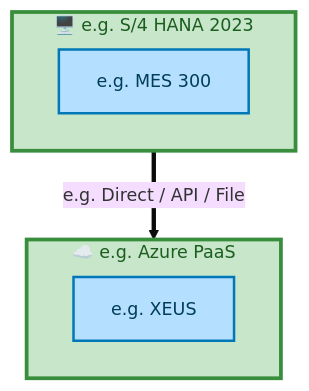
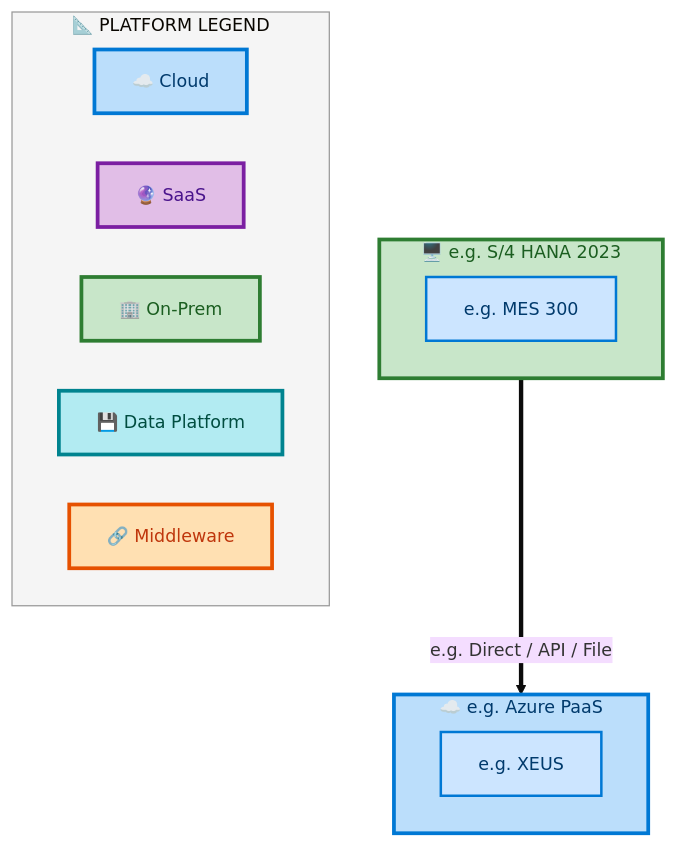
One commit to sajivfrancis777/IAO-Architecture changed the eighth of 8 diagrams in towers/E2E/Procure to Pay/E2E-115/output/docs/systems-architecture/E2E-115-Architecture.md. Above: the diagram before and after it, drawn with Mermaid. The commit also changed other lines of this file and 394 other files, not shown here.

First line of the commit message:
feat: structured layer ordering for Mermaid architecture diagrams

````diff
--- a/towers/E2E/Procure to Pay/E2E-115/output/docs/systems-architecture/E2E-115-Architecture.md
+++ b/towers/E2E/Procure to Pay/E2E-115/output/docs/systems-architecture/E2E-115-Architecture.md
@@ -834,22 +868,36 @@
 ```mermaid
 %%{init: {"theme": "base", "securityLevel": "loose", "themeVariables": {"fontSize": "14px", "fontFamily": "Segoe UI, Arial"}, "flowchart": {"useMaxWidth": false, "htmlLabels": true, "nodeSpacing": 40, "rankSpacing": 50}} }%%
 flowchart TB
-    classDef appBox fill:#B5DFFF,stroke:#0077B6,stroke-width:2px,color:#003D5B
-    classDef platBox fill:#C8E6C9,stroke:#388E3C,stroke-width:3px,color:#1B5E20
-    classDef eolBox fill:#FFB5B5,stroke:#CC0000,stroke-width:2px,color:#660000
+    classDef appBox fill:#CCE5FF,stroke:#0078D4,stroke-width:2px,color:#003A6C
+    classDef platBox fill:#C8E6C9,stroke:#2E7D32,stroke-width:3px,color:#1B5E20
+    classDef eolBox fill:#FFCDD2,stroke:#C62828,stroke-width:2px,color:#B71C1C
 
     subgraph E2E115FPLP_e_g_Azure_PaaS["☁️ e.g. Azure PaaS"]
         direction LR
         E2E115FPLA_e_g_XEUS["e.g. XEUS"]:::appBox
     end
-    style E2E115FPLP_e_g_Azure_PaaS fill:#C8E6C9,stroke:#388E3C,stroke-width:3px,color:#1B5E20
+    style E2E115FPLP_e_g_Azure_PaaS fill:#BBDEFB,stroke:#0078D4,stroke-width:3px,color:#003A6C
 
     subgraph E2E115FPLP_e_g_S_4_HANA_2023["🖥️ e.g. S/4 HANA 2023"]
         direction LR
         E2E115FPLA_e_g_MES_300["e.g. MES 300"]:::appBox
     end
-    style E2E115FPLP_e_g_S_4_HANA_2023 fill:#C8E6C9,stroke:#388E3C,stroke-width:3px,color:#1B5E20
+    style E2E115FPLP_e_g_S_4_HANA_2023 fill:#C8E6C9,stroke:#2E7D32,stroke-width:3px,color:#1B5E20
 
     E2E115FPLP_e_g_S_4_HANA_2023 ==>|"e.g. Direct / API / File"| E2E115FPLP_e_g_Azure_PaaS
 
+    subgraph E2E115FPLLegend["📐 PLATFORM LEGEND"]
+        direction LR
+        E2E115FPLLC["☁️ Cloud"]
+        E2E115FPLLS["🔮 SaaS"]
+        E2E115FPLLO["🏢 On-Prem"]
+        E2E115FPLLD["💾 Data Platform"]
+        E2E115FPLLM["🔗 Middleware"]
+    end
+    style E2E115FPLLegend fill:#F5F5F5,stroke:#999,stroke-width:1px
+    style E2E115FPLLC fill:#BBDEFB,stroke:#0078D4,stroke-width:3px,color:#003A6C
+    style E2E115FPLLS fill:#E1BEE7,stroke:#7B1FA2,stroke-width:3px,color:#4A148C
+    style E2E115FPLLO fill:#C8E6C9,stroke:#2E7D32,stroke-width:3px,color:#1B5E20
+    style E2E115FPLLD fill:#B2EBF2,stroke:#00838F,stroke-width:3px,color:#004D40
+    style E2E115FPLLM fill:#FFE0B2,stroke:#E65100,stroke-width:3px,color:#BF360C
 ```
````
